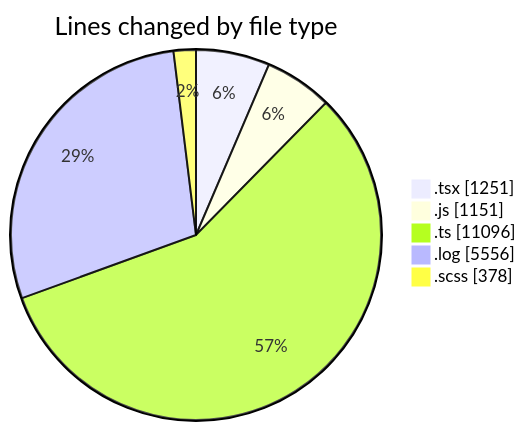
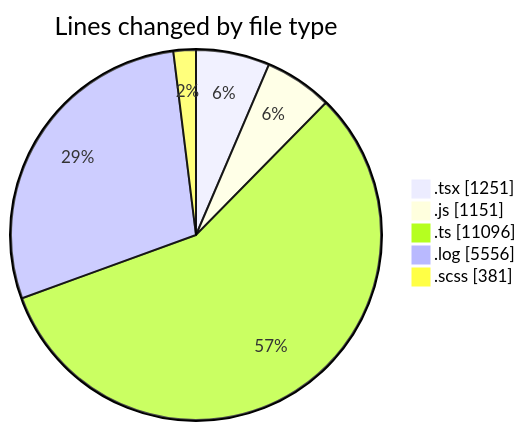
The first of 2 diagrams in 2026-04-09/cda/README.md (momahboobian/code-tracking), drawn with Mermaid before and after one commit. The commit also changed other lines of this file and 1 other file, not shown here.

````diff
--- a/2026-04-09/cda/README.md
+++ b/2026-04-09/cda/README.md
@@ -32,9 +32,9 @@
 ```mermaid
 pie showData
 title Lines changed by file type
 ".tsx" : 1251
 ".js" : 1151
 ".ts" : 11096
 ".log" : 5556
-".scss" : 378
+".scss" : 381
 ```
````
